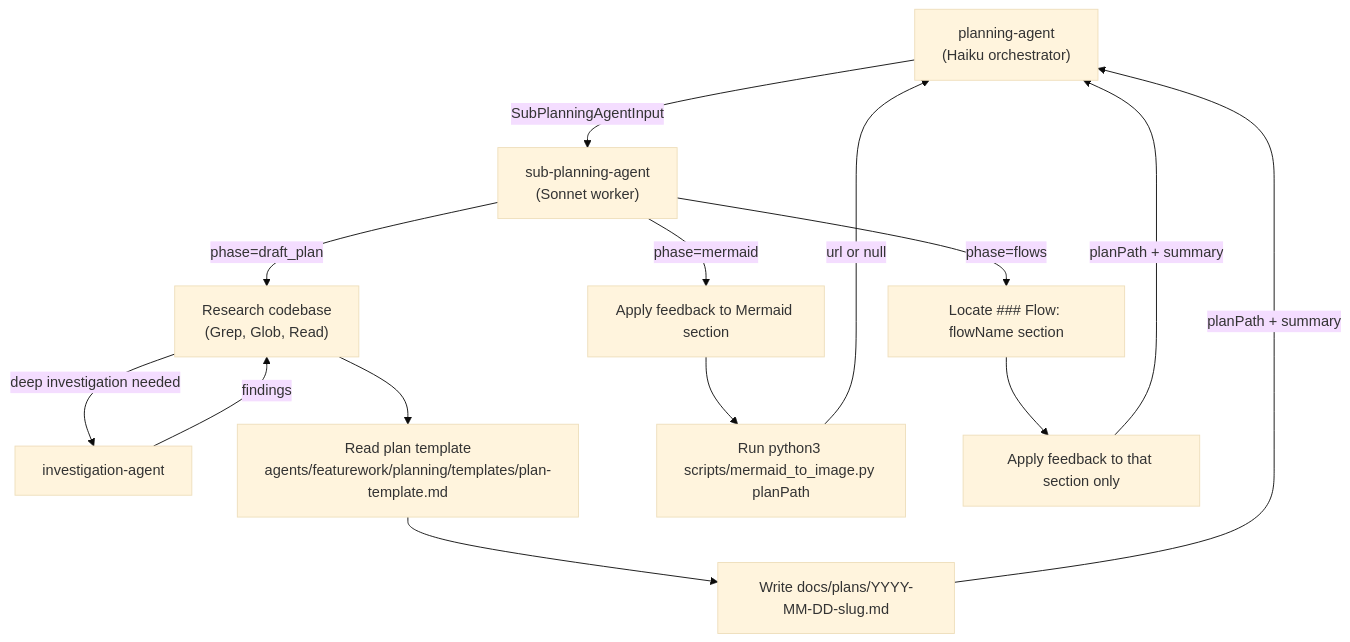
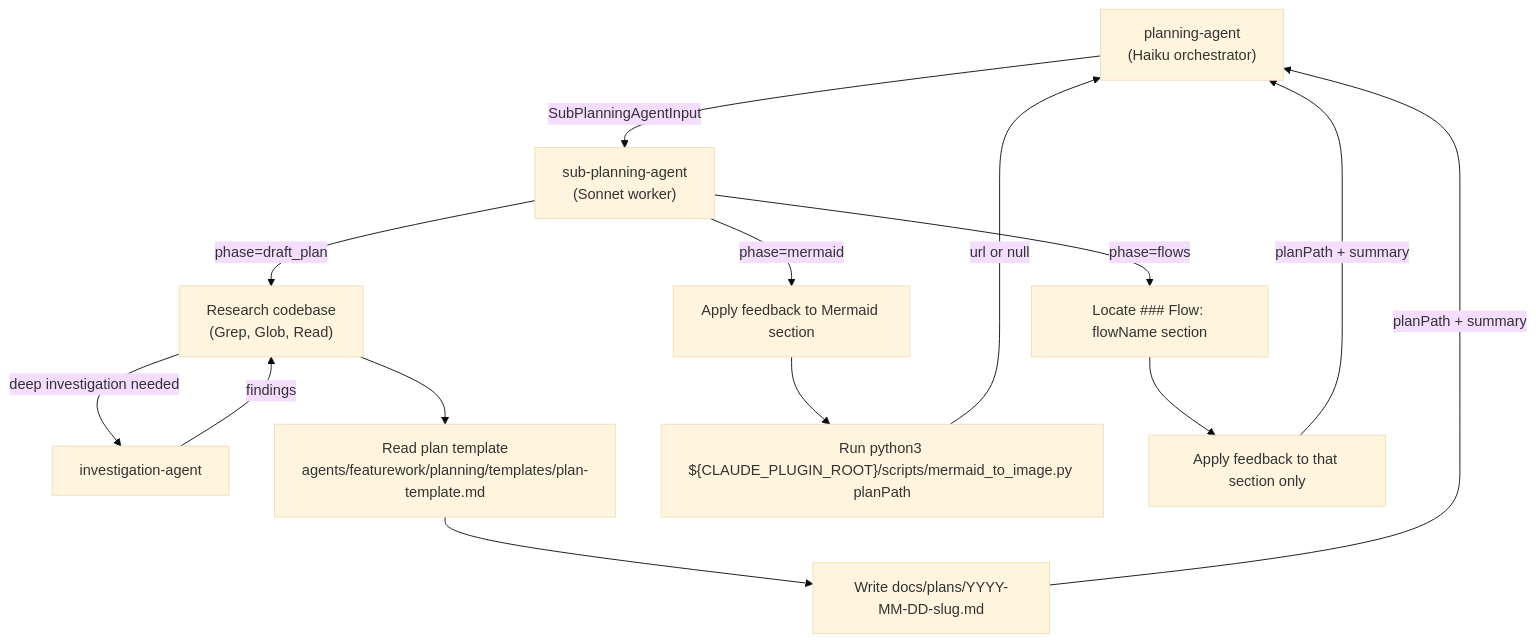
The diagram in docs/docs/sub-planning-agent.md (lewibs/dark-factory), drawn with Mermaid (base theme) before and after one commit. The commit also changed other lines of this file and 22 other files, not shown here.

First line of the commit message:
feat(plugin): bundle scripts with plugin using CLAUDE_PLUGIN_ROOT

````diff
--- a/docs/docs/sub-planning-agent.md
+++ b/docs/docs/sub-planning-agent.md
@@ -17,19 +17,19 @@
 ```mermaid
 flowchart TD
   PA["planning-agent\n(Haiku orchestrator)"] -->|SubPlanningAgentInput| SPA["sub-planning-agent\n(Sonnet worker)"]
 
   SPA -->|phase=draft_plan| D1["Research codebase\n(Grep, Glob, Read)"]
   D1 -->|deep investigation needed| INV["investigation-agent"]
   INV -->|findings| D1
   D1 --> D2["Read plan template\nagents/featurework/planning/templates/plan-template.md"]
   D2 --> D3["Write docs/plans/YYYY-MM-DD-slug.md"]
   D3 -->|planPath + summary| PA
 
   SPA -->|phase=mermaid| M1["Apply feedback to Mermaid section"]
-  M1 --> M2["Run python3 scripts/mermaid_to_image.py planPath"]
+  M1 --> M2["Run python3 ${CLAUDE_PLUGIN_ROOT}/scripts/mermaid_to_image.py planPath"]
   M2 -->|url or null| PA
 
   SPA -->|phase=flows| F1["Locate ### Flow: flowName section"]
   F1 --> F2["Apply feedback to that section only"]
   F2 -->|planPath + summary| PA
 ```
````
